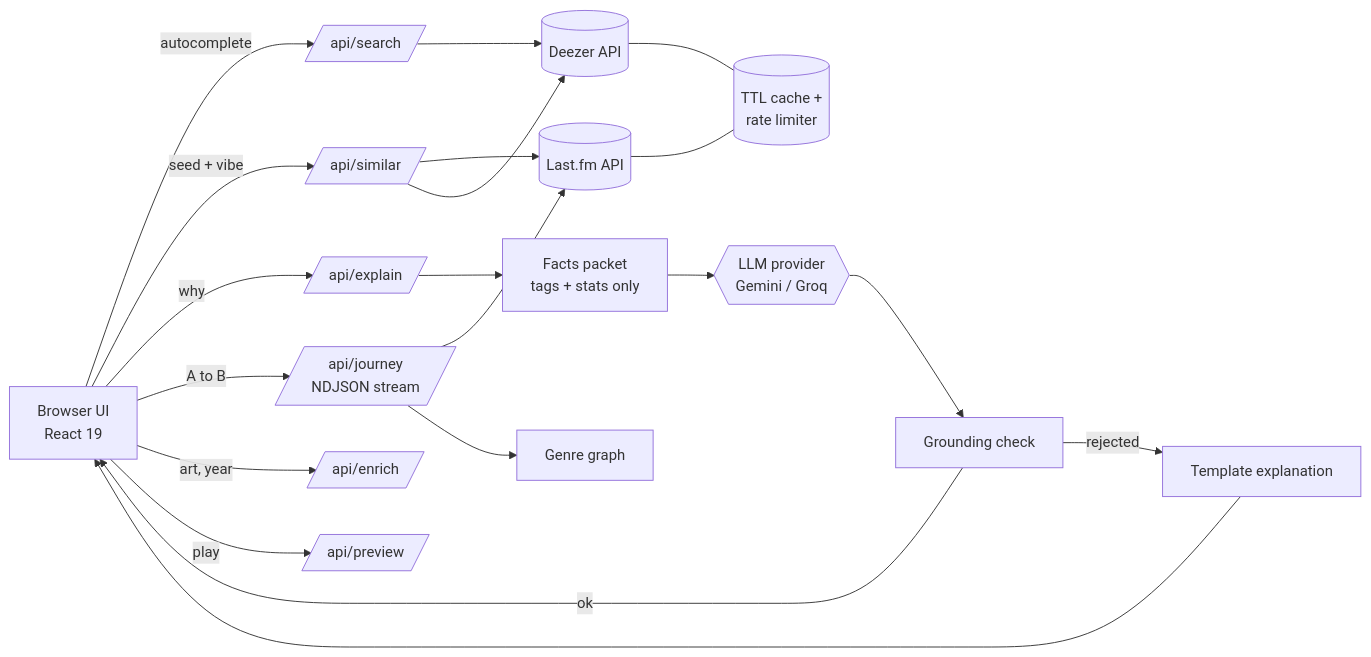
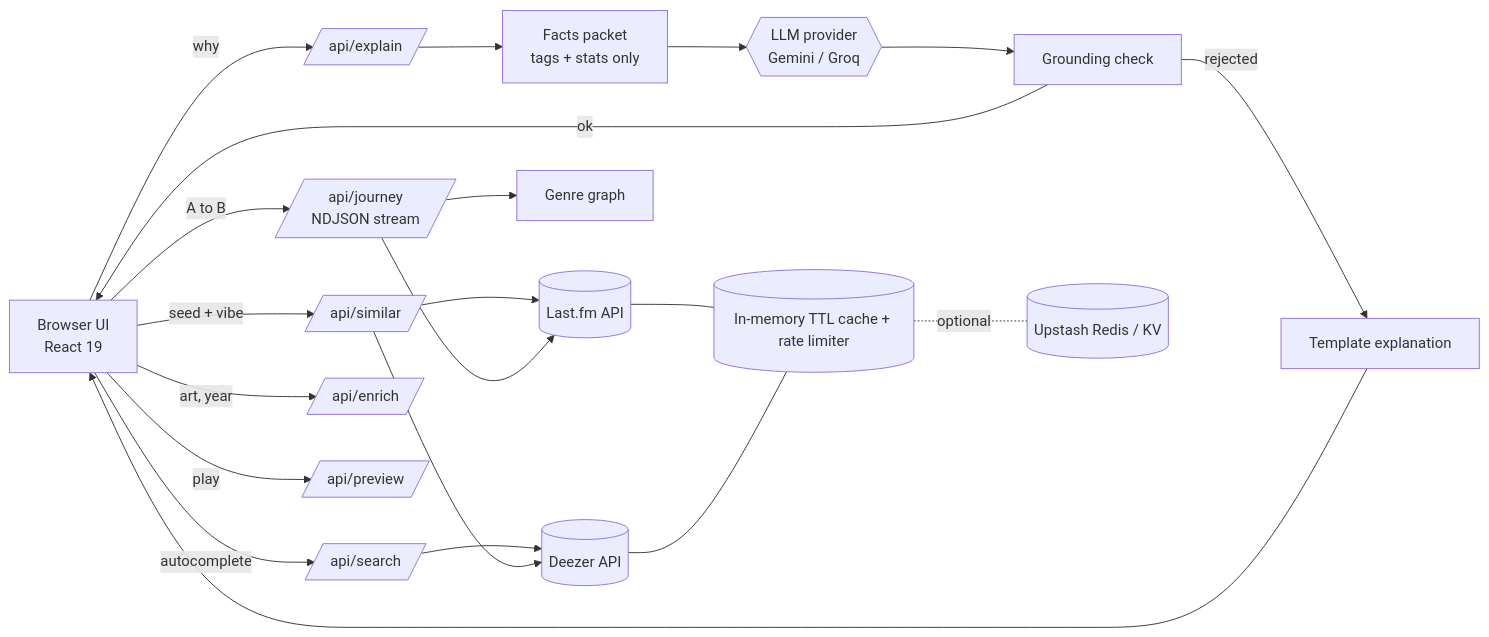
One commit to SarthakJain29/Similar-song-AI changed the diagram in README.md. Above: the diagram before and after it, drawn with Mermaid. The commit also changed other lines of this file and 8 other files, not shown here.

````diff
--- a/README.md
+++ b/README.md
@@ -41,20 +41,21 @@
 ```mermaid
 flowchart LR
   UI[Browser UI<br/>React 19] -->|autocomplete| S[/api/search/]
   UI -->|seed + vibe| R[/api/similar/]
   UI -->|why| E[/api/explain/]
   UI -->|A to B| J[/api/journey<br/>NDJSON stream/]
   UI -->|art, year| H[/api/enrich/]
   UI -->|play| P[/api/preview/]
   S --> DZ[(Deezer API)]
   R --> LF[(Last.fm API)]
   R --> DZ
   J --> LF
   J --> GG[Genre graph]
   E --> F[Facts packet<br/>tags + stats only]
   F --> LLM{{LLM provider<br/>Gemini / Groq}}
   LLM --> G[Grounding check]
   G -->|ok| UI
   G -->|rejected| T[Template explanation] --> UI
-  LF & DZ --- C[(TTL cache +<br/>rate limiter)]
+  LF & DZ --- C[(In-memory TTL cache + rate limiter)]
+  C -.optional.- RD[(Upstash Redis / KV)]
 ```
````
